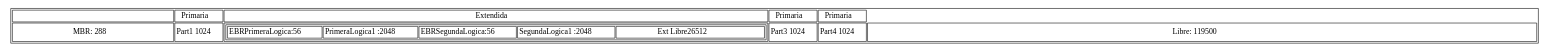
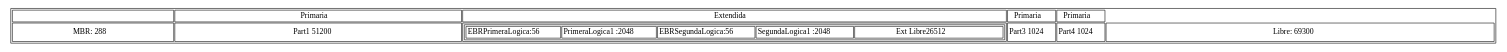
The diagram in reports/dots/disk.jpg.dot (elJuanjoRamos/-MIA-Proyecto1_201801262), drawn with Graphviz before and after one commit. The commit also changed 14 other files, not shown here.

```diff
--- a/reports/dots/disk.jpg.dot
+++ b/reports/dots/disk.jpg.dot
@@ -1,1 +1,1 @@
-digraph {tbl [ shape=plaintext label=<<table WIDTH="1536" ><tr><td></td><td>Primaria</td><td>Extendida</td><td>Primaria</td><td>Primaria</td></tr><tr><td WIDTH="288" >MBR: 288</td><td WIDTH="10" >Part1 1024</td><td WIDTH="307" ><table><tr><td WIDTH="56" > EBRPrimeraLogica:56</td ><td WIDTH="20"> PrimeraLogica1 :2048</td ><td WIDTH="56" > EBRSegundaLogica:56</td ><td WIDTH="20"> SegundaLogica1 :2048</td ><td WIDTH="265" > Ext Libre26512</td ></tr></table></td><td WIDTH="10" >Part3 1024</td><td WIDTH="10" >Part4 1024</td><td WIDTH="1195" >Libre: 119500 </td></tr></table>>];}
+digraph {tbl [ shape=plaintext label=<<table WIDTH="1536" ><tr><td></td><td>Primaria</td><td>Extendida</td><td>Primaria</td><td>Primaria</td></tr><tr><td WIDTH="288" >MBR: 288</td><td WIDTH="512" >Part1 51200</td><td WIDTH="307" ><table><tr><td WIDTH="56" > EBRPrimeraLogica:56</td ><td WIDTH="20"> PrimeraLogica1 :2048</td ><td WIDTH="56" > EBRSegundaLogica:56</td ><td WIDTH="20"> SegundaLogica1 :2048</td ><td WIDTH="265" > Ext Libre26512</td ></tr></table></td><td WIDTH="10" >Part3 1024</td><td WIDTH="10" >Part4 1024</td><td WIDTH="693" >Libre: 69300 </td></tr></table>>];}
```
